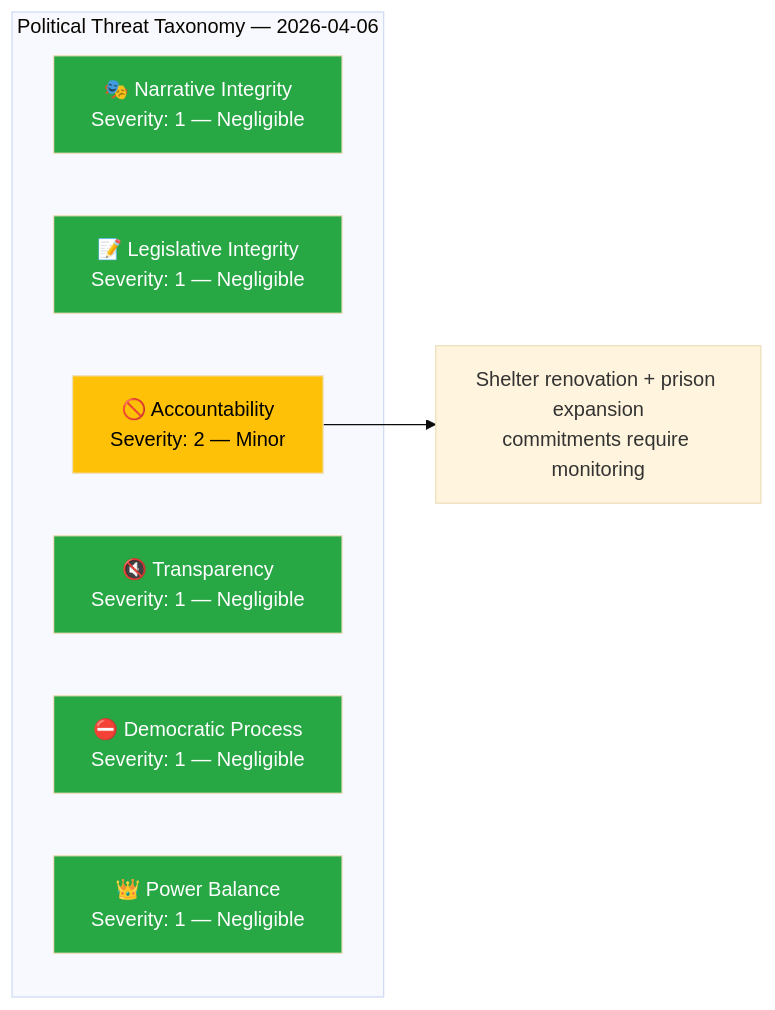
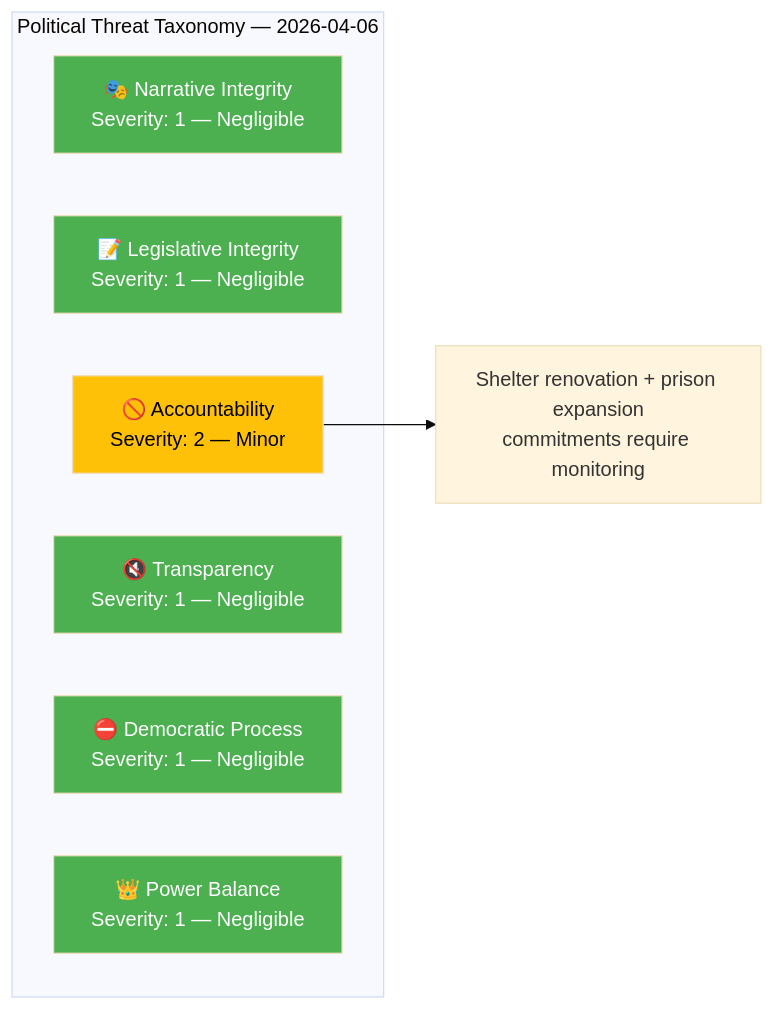
Before and after one commit to Hack23/riksdagsmonitor: the diagram in analysis/daily/2026-04-06/realtime-1029/threat-analysis.md, drawn with Mermaid (base theme). The commit also changed 785 other files, not shown here.

First line of the commit message:
Normalize mermaid colors across 786 analysis artifacts to ISMS Style Guide palette

````diff
--- a/analysis/daily/2026-04-06/realtime-1029/threat-analysis.md
+++ b/analysis/daily/2026-04-06/realtime-1029/threat-analysis.md
@@ -17,20 +17,20 @@
 ```mermaid
 graph LR
     subgraph "Political Threat Taxonomy — 2026-04-06"
         NI["🎭 Narrative Integrity<br/>Severity: 1 — Negligible"]
         LI["📝 Legislative Integrity<br/>Severity: 1 — Negligible"]
         AC["🚫 Accountability<br/>Severity: 2 — Minor"]
         TR["🔇 Transparency<br/>Severity: 1 — Negligible"]
         DP["⛔ Democratic Process<br/>Severity: 1 — Negligible"]
         PB["👑 Power Balance<br/>Severity: 1 — Negligible"]
     end
 
     AC --> AC1["Shelter renovation + prison expansion<br/>commitments require monitoring"]
 
-    style NI fill:#28a745,color:#fff
-    style LI fill:#28a745,color:#fff
-    style AC fill:#ffc107,color:#000
-    style TR fill:#28a745,color:#fff
-    style DP fill:#28a745,color:#fff
-    style PB fill:#28a745,color:#fff
+    style NI fill:#4CAF50,color:#FFFFFF
+    style LI fill:#4CAF50,color:#FFFFFF
+    style AC fill:#FFC107,color:#000000
+    style TR fill:#4CAF50,color:#FFFFFF
+    style DP fill:#4CAF50,color:#FFFFFF
+    style PB fill:#4CAF50,color:#FFFFFF
 ```
````
